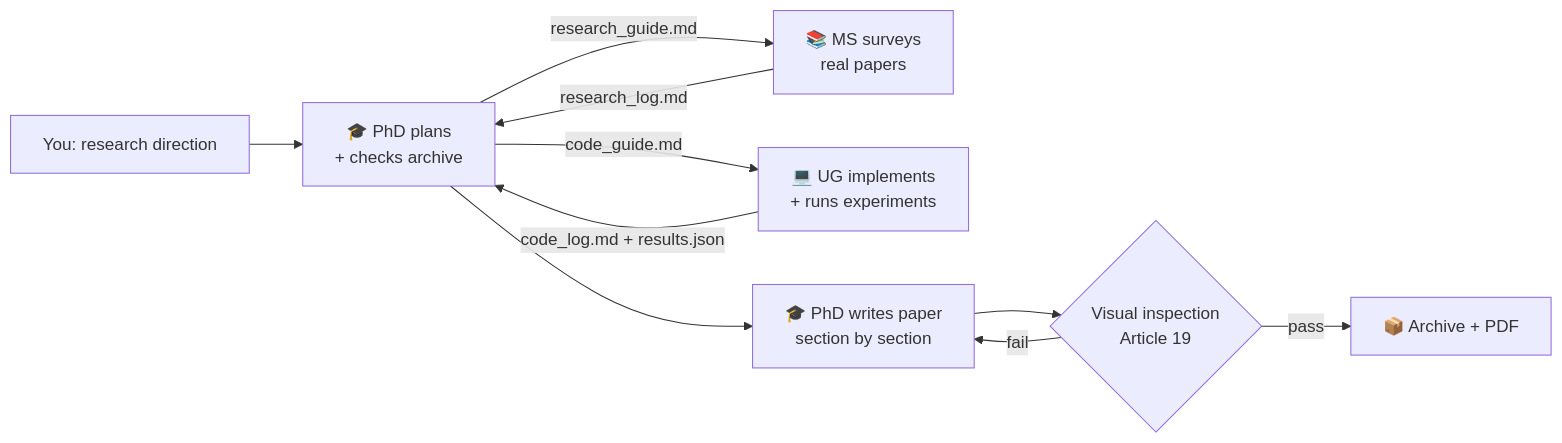
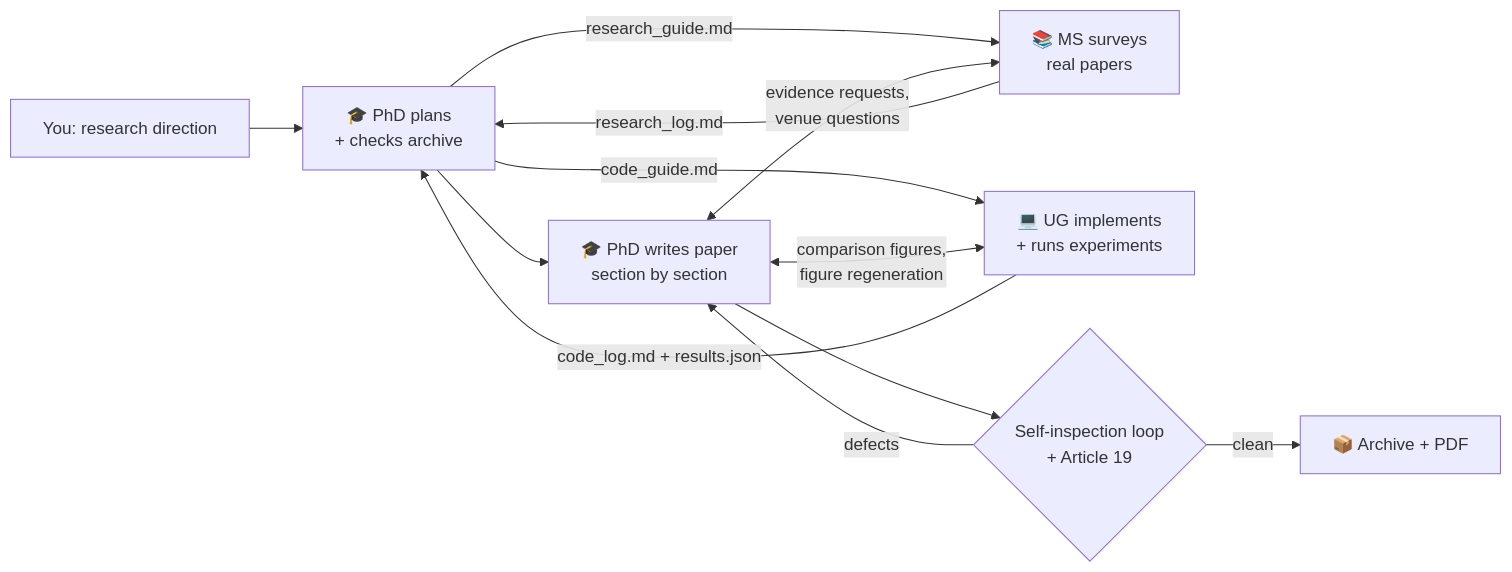
Before and after one commit to dunknowcoding/Paperfessor: the diagram in README.md, drawn with Mermaid. The commit also changed 4 other files, not shown here.

````diff
--- a/README.md
+++ b/README.md
@@ -43,12 +43,14 @@
 ```mermaid
 flowchart LR
     U[You: research direction] --> P[🎓 PhD plans<br/>+ checks archive]
     P -->|research_guide.md| M[📚 MS surveys<br/>real papers]
     M -->|research_log.md| P
     P -->|code_guide.md| G[💻 UG implements<br/>+ runs experiments]
     G -->|code_log.md + results.json| P
     P --> W[🎓 PhD writes paper<br/>section by section]
-    W --> V{Visual inspection<br/>Article 19}
-    V -->|pass| A[📦 Archive + PDF]
-    V -->|fail| W
+    W <-->|evidence requests,<br/>venue questions| M
+    W <-->|comparison figures,<br/>figure regeneration| G
+    W --> S{Self-inspection loop<br/>+ Article 19}
+    S -->|defects| W
+    S -->|clean| A[📦 Archive + PDF]
 ```
````
